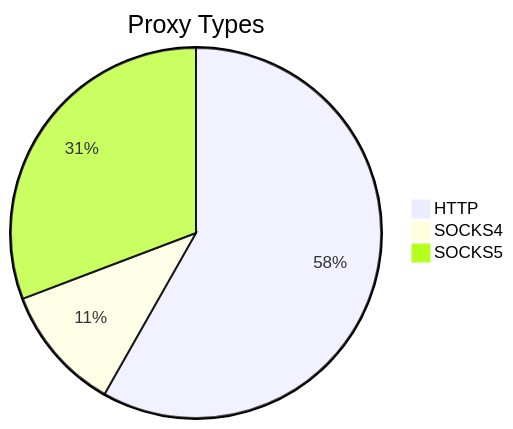
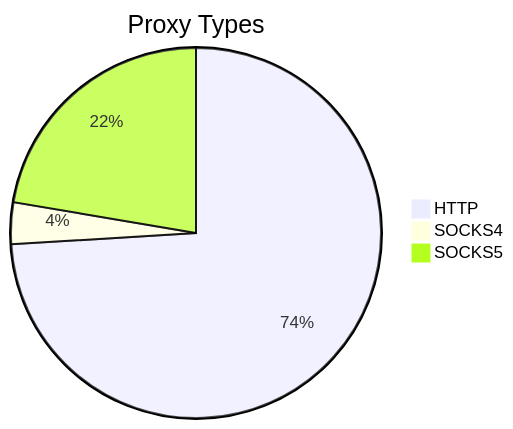
The first of 2 diagrams in README.md (stormsia/proxy-list), drawn with Mermaid before and after one commit. The commit also changed other lines of this file, not shown here.

````diff
--- a/README.md
+++ b/README.md
@@ -21,6 +21,6 @@
 ```mermaid
 pie title Proxy Types
-    "HTTP" : 333
-    "SOCKS4" : 63
-    "SOCKS5" : 176
+    "HTTP" : 305
+    "SOCKS4" : 15
+    "SOCKS5" : 92
 ```
````
